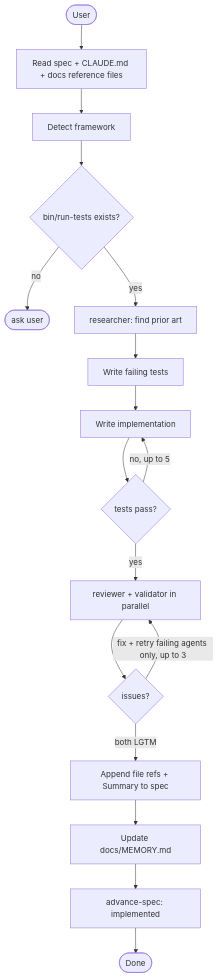
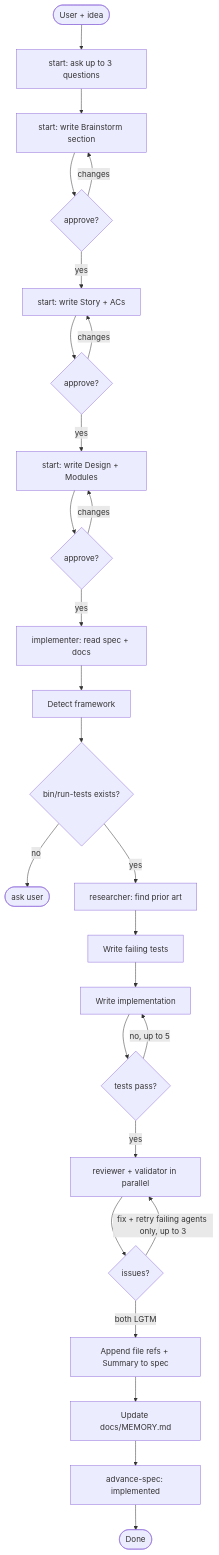
The diagram in README.md (niconisoria/i-dunno), drawn with Mermaid before and after one commit. The commit also changed other lines of this file, not shown here.

Commit message:
docs(readme): add start skill, reorder agents sequentially
Add missing `start` skill as entry point, number agents 1-5 in
execution order, and expand workflow diagram to include the full
brainstorm → spec → design phases before implementation.

````diff
--- a/README.md
+++ b/README.md
@@ -17,19 +18,29 @@
 ```mermaid
 flowchart TD
-    A([User]) --> B[Read spec + CLAUDE.md + docs reference files]
-    B --> C[Detect framework]
-    C --> D{bin/run-tests exists?}
-    D -- no --> E([ask user])
-    D -- yes --> F[researcher: find prior art]
-    F --> G[Write failing tests]
-    G --> H[Write implementation]
-    H --> I{tests pass?}
-    I -- no, up to 5 --> H
-    I -- yes --> J[reviewer + validator in parallel]
-    J --> K{issues?}
-    K -- fix + retry failing agents only, up to 3 --> J
-    K -- both LGTM --> L[Append file refs + Summary to spec]
-    L --> M[Update docs/MEMORY.md]
-    M --> N[advance-spec: implemented]
-    N --> O([Done])
+    A([User + idea]) --> B[start: ask up to 3 questions]
+    B --> C[start: write Brainstorm section]
+    C --> D{approve?}
+    D -- changes --> C
+    D -- yes --> E[start: write Story + ACs]
+    E --> F{approve?}
+    F -- changes --> E
+    F -- yes --> G[start: write Design + Modules]
+    G --> H{approve?}
+    H -- changes --> G
+    H -- yes --> I[implementer: read spec + docs]
+    I --> J[Detect framework]
+    J --> K{bin/run-tests exists?}
+    K -- no --> L([ask user])
+    K -- yes --> M[researcher: find prior art]
+    M --> N[Write failing tests]
+    N --> O[Write implementation]
+    O --> P{tests pass?}
+    P -- no, up to 5 --> O
+    P -- yes --> Q[reviewer + validator in parallel]
+    Q --> R{issues?}
+    R -- fix + retry failing agents only, up to 3 --> Q
+    R -- both LGTM --> S[Append file refs + Summary to spec]
+    S --> T[Update docs/MEMORY.md]
+    T --> U[advance-spec: implemented]
+    U --> V([Done])
 ```
````
